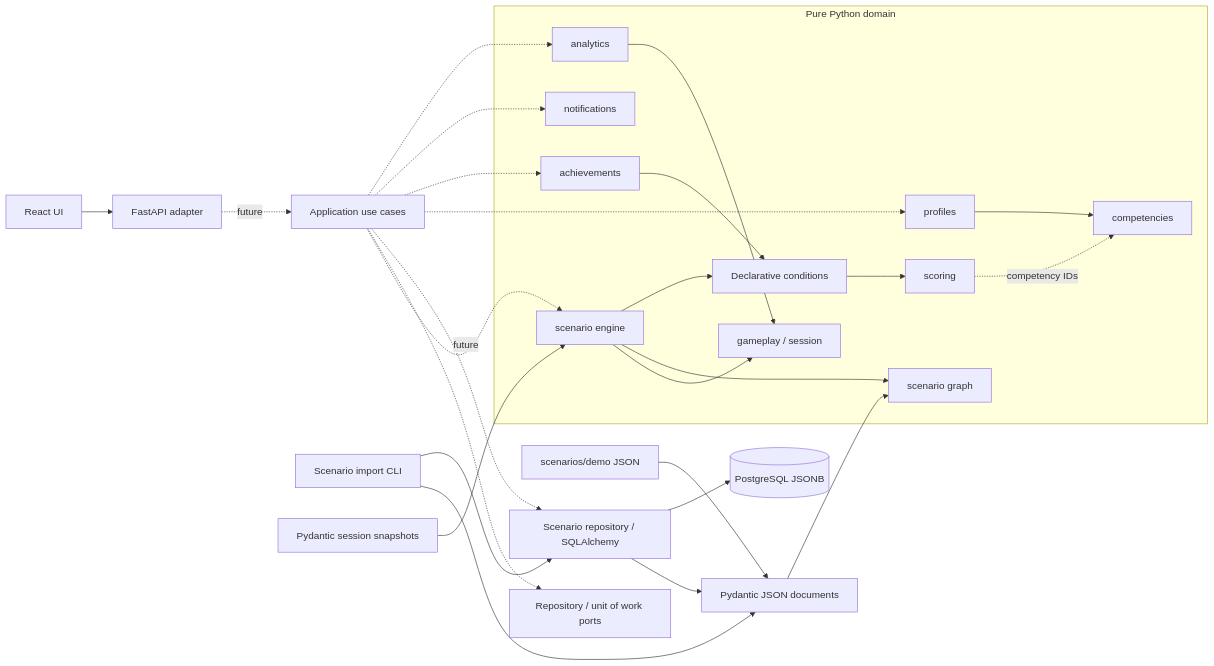
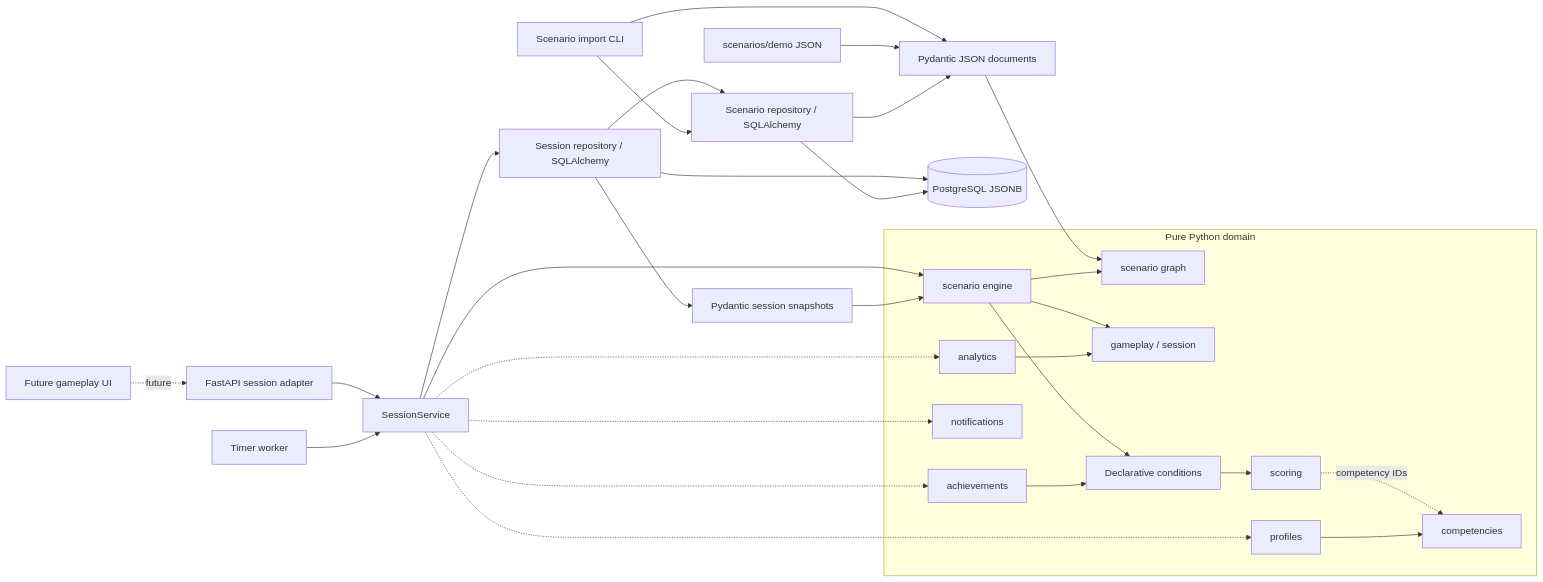
The diagram in docs/ARCHITECTURE.md (chidori31/vsm-training-platform), drawn with Mermaid before and after one commit. The commit also changed other lines of this file and 28 other files, not shown here.

````diff
--- a/docs/ARCHITECTURE.md
+++ b/docs/ARCHITECTURE.md
@@ -20,30 +22,33 @@
 ```mermaid
 flowchart LR
-    React[React UI] --> API[FastAPI adapter]
-    API -. future .-> UseCases[Application use cases]
-    UseCases -.-> Engine[scenario engine]
-    UseCases -.-> Ports[Repository / unit of work ports]
+    React[Future gameplay UI] -. future .-> API[FastAPI session adapter]
+    API --> UseCases[SessionService]
+    Worker[Timer worker] --> UseCases
+    UseCases --> Engine[scenario engine]
+    UseCases --> Sessions[Session repository / SQLAlchemy]
+    Sessions --> Snapshots[Pydantic session snapshots]
+    Sessions --> SQL[Scenario repository / SQLAlchemy]
+    Sessions --> PG[(PostgreSQL JSONB)]
     CLI[Scenario import CLI] --> Documents[Pydantic JSON documents]
     Files[scenarios/demo JSON] --> Documents
-    CLI --> SQL[Scenario repository / SQLAlchemy]
+    CLI --> SQL
     SQL --> Documents
-    SQL --> PG[(PostgreSQL JSONB)]
+    SQL --> PG
     Documents --> Graph[scenario graph]
-    Snapshots[Pydantic session snapshots] --> Engine
-    UseCases -. future .-> SQL
+    Snapshots --> Engine
     subgraph Domain[Pure Python domain]
         Engine --> Gameplay[gameplay / session]
         Engine --> Graph
         Engine --> Rules[Declarative conditions]
         Rules --> Scoring[scoring]
         Scoring -. competency IDs .-> Competencies[competencies]
         Profiles[profiles] --> Competencies
         Achievements[achievements] --> Rules
         Notifications[notifications]
         Analytics[analytics] --> Gameplay
     end
     UseCases -.-> Profiles
     UseCases -.-> Achievements
     UseCases -.-> Notifications
     UseCases -.-> Analytics
 ```
````
